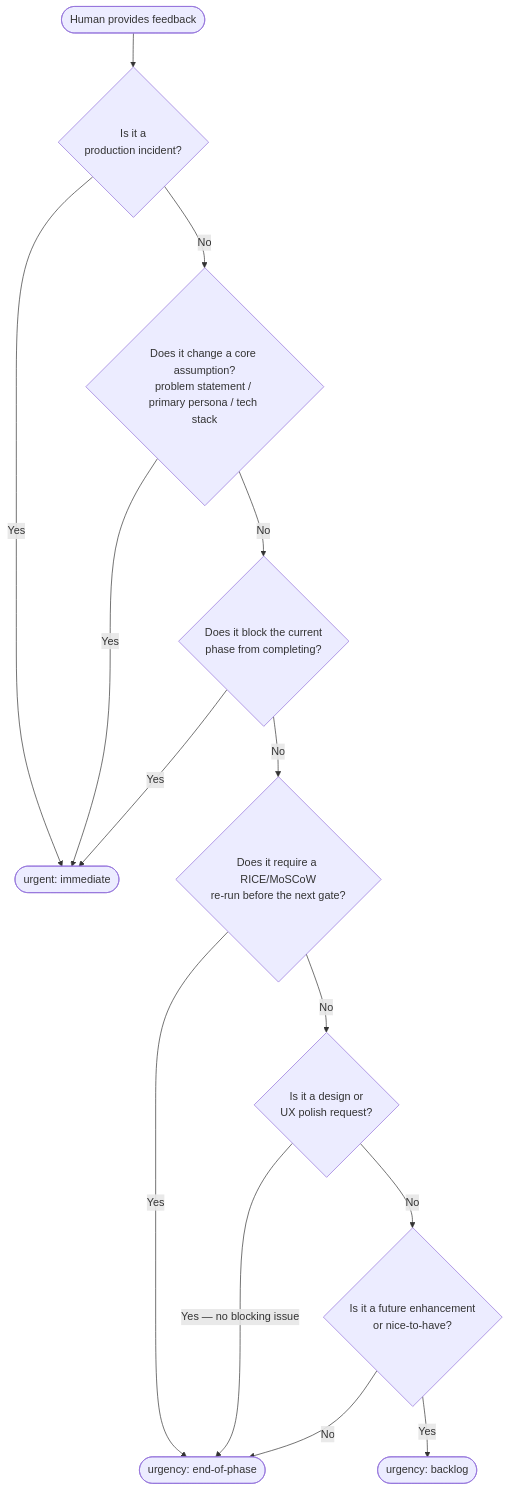
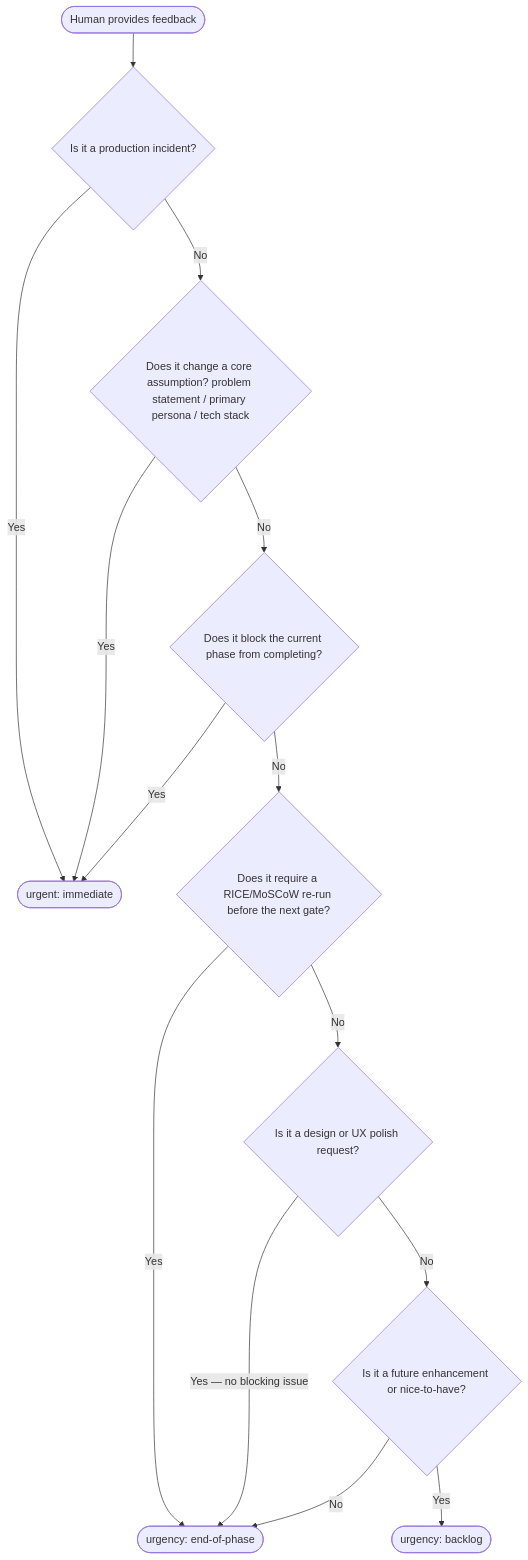
The first of 3 diagrams in .cursor/skills/07-human-intervention/intervention-protocol.md (ivanyeors/product-agentic-templates), drawn with Mermaid before and after one commit. The commit also changed other lines of this file and 39 other files, not shown here.

````diff
--- a/.cursor/skills/07-human-intervention/intervention-protocol.md
+++ b/.cursor/skills/07-human-intervention/intervention-protocol.md
@@ -273,16 +273,16 @@
 ```mermaid
 flowchart TD
-    start([Human provides feedback]) --> q1{Is it a\nproduction incident?}
+    start([Human provides feedback]) --> q1{Is it a production incident?}
     q1 -->|Yes| immediate([urgent: immediate])
-    q1 -->|No| q2{Does it change a core assumption?\nproblem statement / primary persona / tech stack}
+    q1 -->|No| q2{Does it change a core assumption? problem statement / primary persona / tech stack}
     q2 -->|Yes| immediate
-    q2 -->|No| q3{Does it block the current\nphase from completing?}
+    q2 -->|No| q3{Does it block the current phase from completing?}
     q3 -->|Yes| immediate
-    q3 -->|No| q4{Does it require a RICE/MoSCoW\nre-run before the next gate?}
+    q3 -->|No| q4{Does it require a RICE/MoSCoW re-run before the next gate?}
     q4 -->|Yes| endOfPhase([urgency: end-of-phase])
-    q4 -->|No| q5{Is it a design or\nUX polish request?}
+    q4 -->|No| q5{Is it a design or UX polish request?}
     q5 -->|Yes — no blocking issue| endOfPhase
-    q5 -->|No| q6{Is it a future enhancement\nor nice-to-have?}
+    q5 -->|No| q6{Is it a future enhancement or nice-to-have?}
     q6 -->|Yes| backlog([urgency: backlog])
     q6 -->|No| endOfPhase
 ```
````
